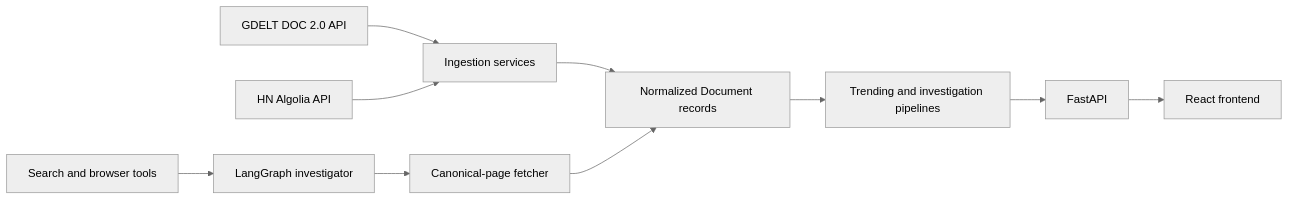
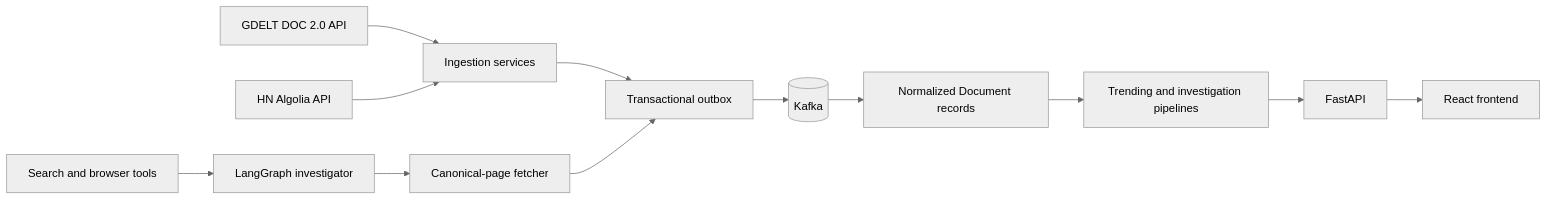
Before and after one commit to mnihad000/rhetoriq: the diagram in README.md, drawn with Mermaid (neutral theme). The commit also changed other lines of this file and 14 other files, not shown here.

````diff
--- a/README.md
+++ b/README.md
@@ -36,12 +38,14 @@
 ```mermaid
 flowchart LR
     G[GDELT DOC 2.0 API] --> I[Ingestion services]
     H[HN Algolia API] --> I
     S[Search and browser tools] --> D[LangGraph investigator]
-    I --> N[Normalized Document records]
+    I --> O[Transactional outbox]
+    O --> K[(Kafka)]
     D --> F[Canonical-page fetcher]
-    F --> N
+    F --> O
+    K --> N[Normalized Document records]
     N --> T[Trending and investigation pipelines]
     T --> A[FastAPI]
     A --> U[React frontend]
 ```
````
